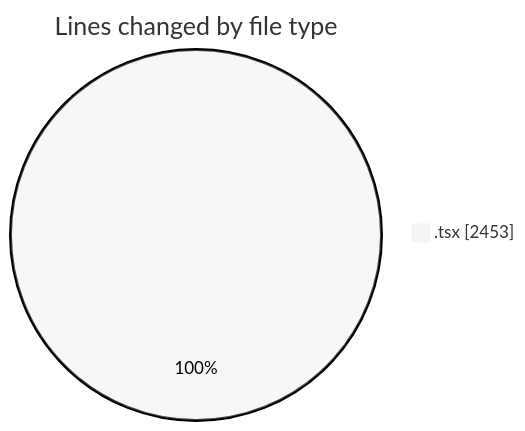
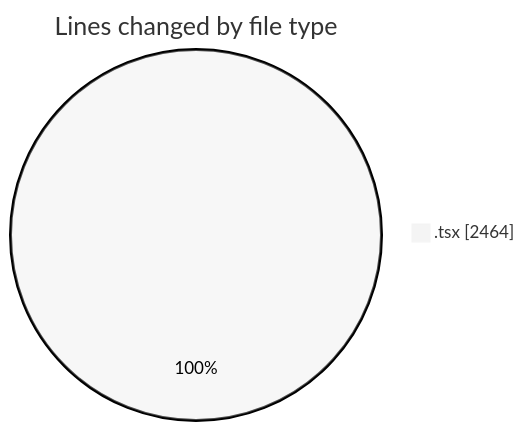
One commit to momahboobian/code-tracking changed the first of 2 diagrams in 2025-11-17/cda/README.md. Above: the diagram before and after it, drawn with Mermaid (neutral theme). The commit also changed other lines of this file and 1 other file, not shown here.

````diff
--- a/2025-11-17/cda/README.md
+++ b/2025-11-17/cda/README.md
@@ -20,5 +20,5 @@
 ```mermaid
 pie showData
 title Lines changed by file type
-".tsx" : 2453
+".tsx" : 2464
 ```
````
